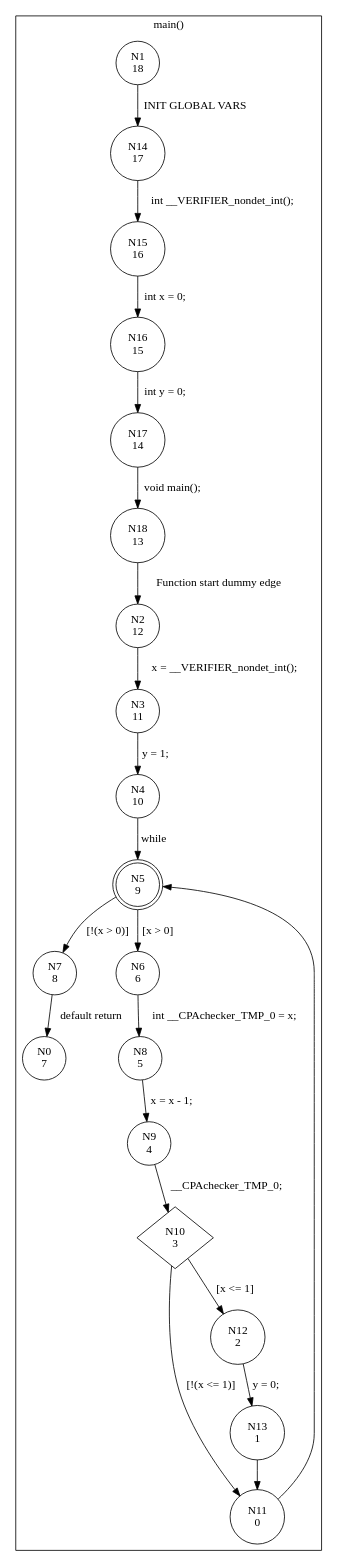
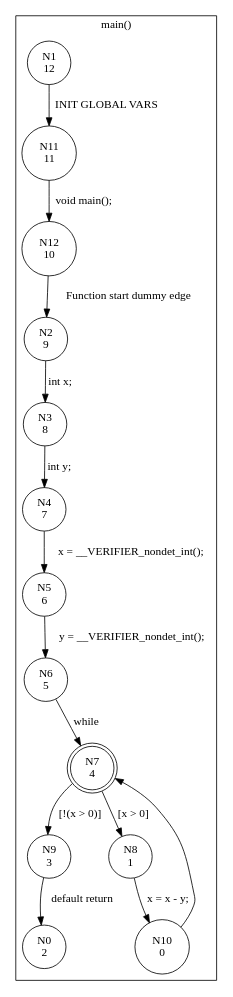
The diagram in output/cfa.dot (urlyy/ltlf2topl), drawn with Graphviz before and after one commit. The commit also changed 40 other files, not shown here.

```diff
--- a/output/cfa.dot
+++ b/output/cfa.dot
@@ -1,44 +1,31 @@
 digraph CFA {
-1 [shape="circle" label="N1\n18"]
-14 [shape="circle" label="N14\n17"]
-15 [shape="circle" label="N15\n16"]
-16 [shape="circle" label="N16\n15"]
-17 [shape="circle" label="N17\n14"]
-18 [shape="circle" label="N18\n13"]
-2 [shape="circle" label="N2\n12"]
-3 [shape="circle" label="N3\n11"]
-4 [shape="circle" label="N4\n10"]
-5 [shape="doublecircle" label="N5\n9"]
-7 [shape="circle" label="N7\n8"]
-0 [shape="circle" label="N0\n7"]
-6 [shape="circle" label="N6\n6"]
-8 [shape="circle" label="N8\n5"]
-9 [shape="circle" label="N9\n4"]
-10 [shape="diamond" label="N10\n3"]
-11 [shape="circle" label="N11\n0"]
-12 [shape="circle" label="N12\n2"]
-13 [shape="circle" label="N13\n1"]
+1 [shape="circle" label="N1\n12"]
+11 [shape="circle" label="N11\n11"]
+12 [shape="circle" label="N12\n10"]
+2 [shape="circle" label="N2\n9"]
+3 [shape="circle" label="N3\n8"]
+4 [shape="circle" label="N4\n7"]
+5 [shape="circle" label="N5\n6"]
+6 [shape="circle" label="N6\n5"]
+7 [shape="doublecircle" label="N7\n4"]
+9 [shape="circle" label="N9\n3"]
+0 [shape="circle" label="N0\n2"]
+8 [shape="circle" label="N8\n1"]
+10 [shape="circle" label="N10\n0"]
 node [shape="circle"]
 subgraph cluster_main {
 label="main()"
-1 -> 14 [label="INIT GLOBAL VARS"]
-14 -> 15 [label="int __VERIFIER_nondet_int();"]
-15 -> 16 [label="int x = 0;"]
-16 -> 17 [label="int y = 0;"]
-17 -> 18 [label="void main();"]
-18 -> 2 [label="Function start dummy edge"]
-2 -> 3 [label="x = __VERIFIER_nondet_int();"]
-3 -> 4 [label="y = 1;"]
-4 -> 5 [label="while"]
-5 -> 6 [label="[x > 0]"]
-5 -> 7 [label="[!(x > 0)]"]
-7 -> 0 [label="default return"]
-6 -> 8 [label="int __CPAchecker_TMP_0 = x;"]
-8 -> 9 [label="x = x - 1;"]
-9 -> 10 [label="__CPAchecker_TMP_0;"]
-10 -> 12 [label="[x <= 1]"]
-10 -> 11 [label="[!(x <= 1)]"]
-11 -> 5 [label=""]
-12 -> 13 [label="y = 0;"]
-13 -> 11 [label=""]}
+1 -> 11 [label="INIT GLOBAL VARS"]
+11 -> 12 [label="void main();"]
+12 -> 2 [label="Function start dummy edge"]
+2 -> 3 [label="int x;"]
+3 -> 4 [label="int y;"]
+4 -> 5 [label="x = __VERIFIER_nondet_int();"]
+5 -> 6 [label="y = __VERIFIER_nondet_int();"]
+6 -> 7 [label="while"]
+7 -> 8 [label="[x > 0]"]
+7 -> 9 [label="[!(x > 0)]"]
+9 -> 0 [label="default return"]
+8 -> 10 [label="x = x - y;"]
+10 -> 7 [label=""]}
 }
```
